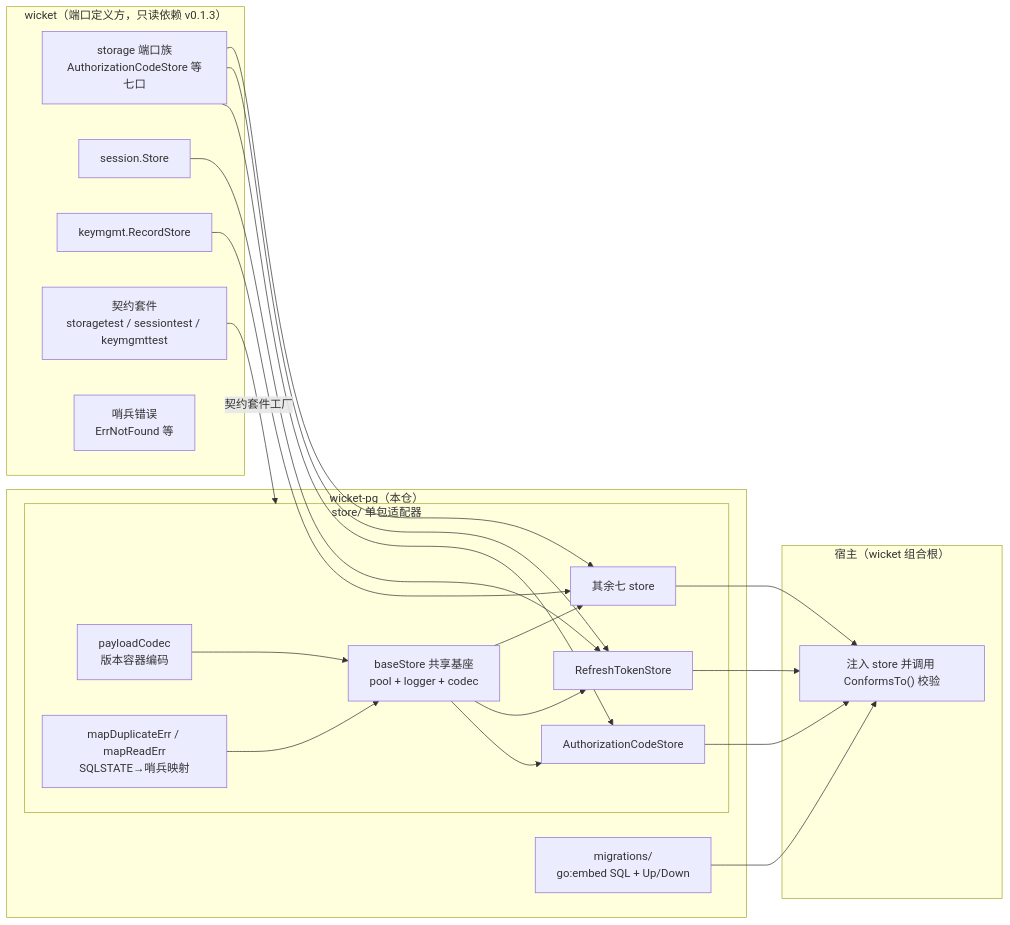
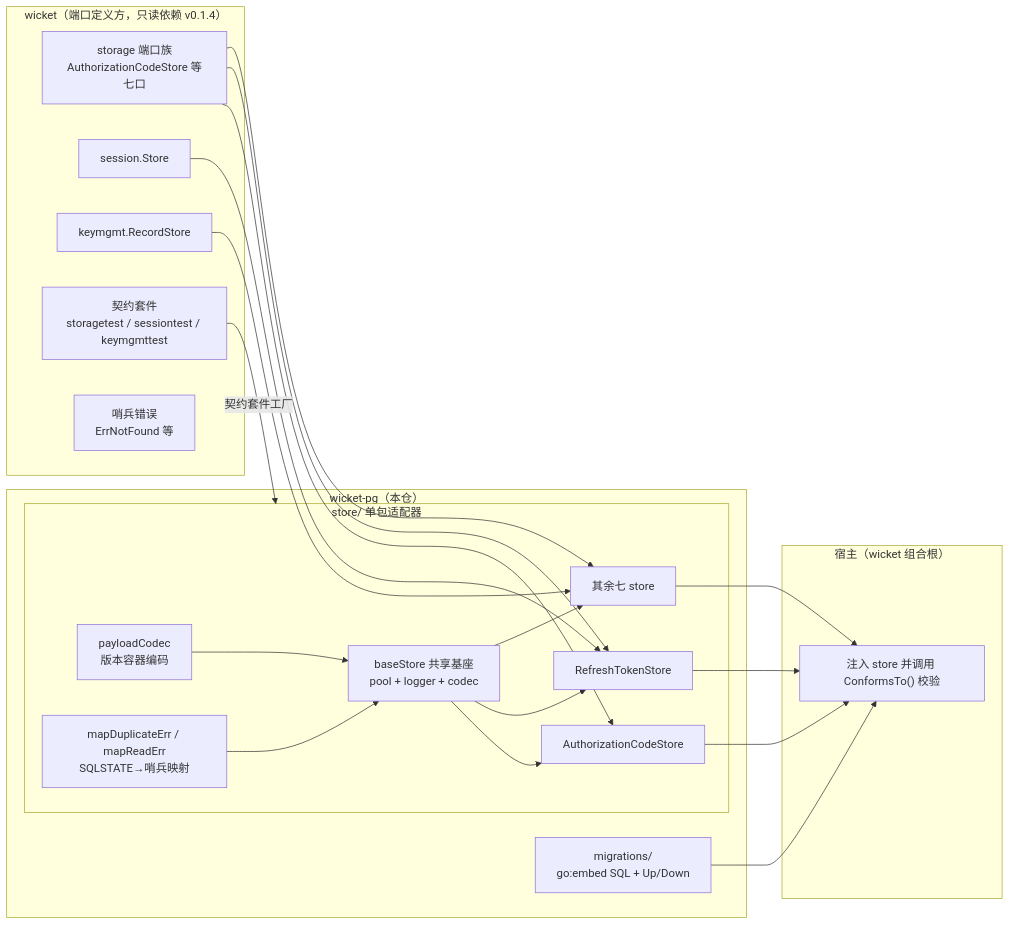
Before and after one commit to gonewx/wicket-pg: the first of 3 diagrams in docs/architecture.md, drawn with Mermaid. The commit also changed other lines of this file and 13 other files, not shown here.

````diff
--- a/docs/architecture.md
+++ b/docs/architecture.md
@@ -7,36 +7,36 @@
 ```mermaid
 flowchart LR
-    subgraph wicket["wicket（端口定义方，只读依赖 v0.1.3）"]
+    subgraph wicket["wicket（端口定义方，只读依赖 v0.1.4）"]
         P1["storage 端口族<br/>AuthorizationCodeStore 等七口"]
         P2["session.Store"]
         P3["keymgmt.RecordStore"]
         S["契约套件<br/>storagetest / sessiontest / keymgmttest"]
         E["哨兵错误<br/>ErrNotFound 等"]
     end
 
     subgraph adapter["wicket-pg（本仓）"]
         subgraph store["store/ 单包适配器"]
             B["baseStore 共享基座<br/>pool + logger + codec"]
             A1["AuthorizationCodeStore"]
             A2["RefreshTokenStore"]
             A3["其余七 store"]
             C["payloadCodec<br/>版本容器编码"]
             ERR["mapDuplicateErr / mapReadErr<br/>SQLSTATE→哨兵映射"]
         end
         M["migrations/<br/>go:embed SQL + Up/Down"]
     end
 
     subgraph host["宿主（wicket 组合根）"]
         H["注入 store 并调用 ConformsTo() 校验"]
     end
 
     P1 --> A1 & A2 & A3
     P2 --> A2
     P3 --> A3
     B --> A1 & A2 & A3
     C --> B
     ERR --> B
     S -->|"契约套件工厂"| store
     M --> H
     A1 & A2 & A3 --> H
 ```
````
